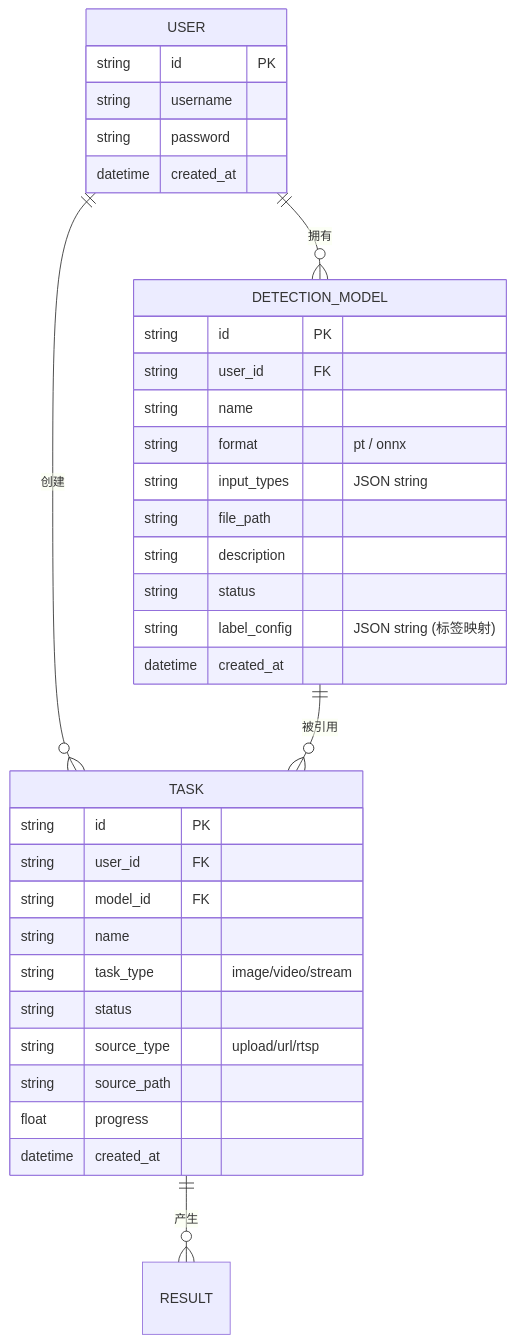
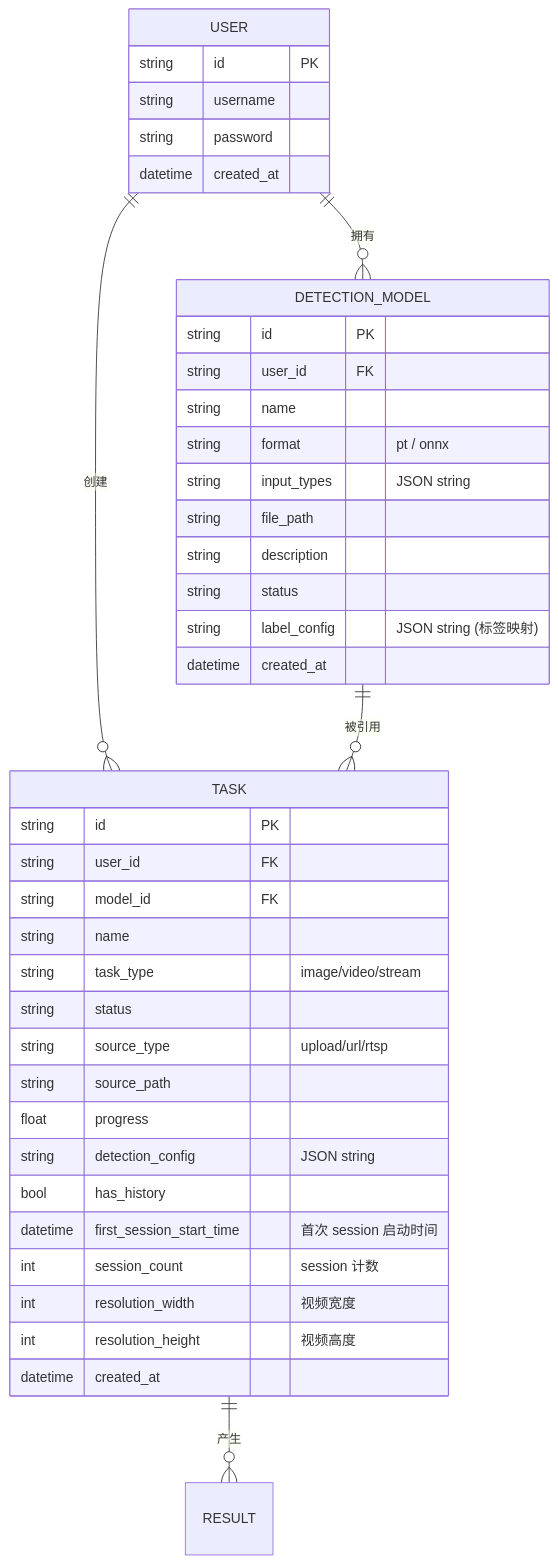
One commit to whynotnanfeng/FireGuard changed the diagram in docs/database.md. Above: the diagram before and after it, drawn with Mermaid. The commit also changed other lines of this file and 72 other files, not shown here.

````diff
--- a/docs/database.md
+++ b/docs/database.md
@@ -7,40 +9,46 @@
 ```mermaid
 erDiagram
     USER ||--o{ DETECTION_MODEL : "拥有"
     USER ||--o{ TASK : "创建"
     DETECTION_MODEL ||--o{ TASK : "被引用"
     TASK ||--o{ RESULT : "产生"
 
     USER {
         string id PK
         string username
         string password
         datetime created_at
     }
 
     DETECTION_MODEL {
         string id PK
         string user_id FK
         string name
         string format "pt / onnx"
         string input_types "JSON string"
         string file_path
         string description
         string status
         string label_config "JSON string (标签映射)"
         datetime created_at
     }
 
     TASK {
         string id PK
         string user_id FK
         string model_id FK
         string name
         string task_type "image/video/stream"
         string status
         string source_type "upload/url/rtsp"
         string source_path
         float progress
+        string detection_config "JSON string"
+        bool has_history
+        datetime first_session_start_time "首次 session 启动时间"
+        int session_count "session 计数"
+        int resolution_width "视频宽度"
+        int resolution_height "视频高度"
         datetime created_at
     }
 ```
````
